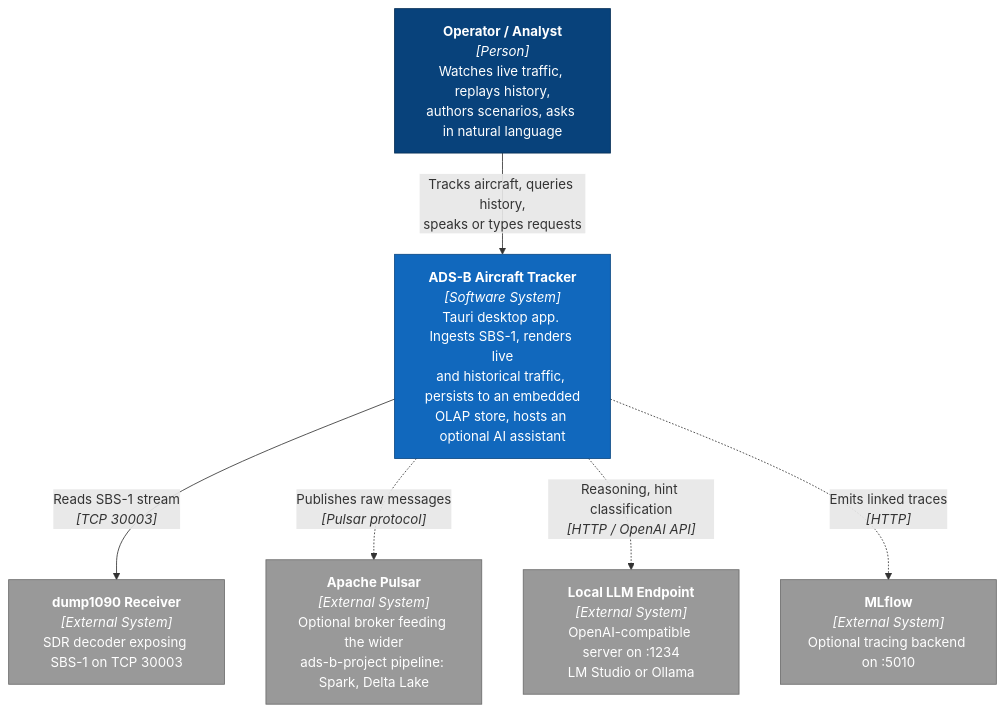
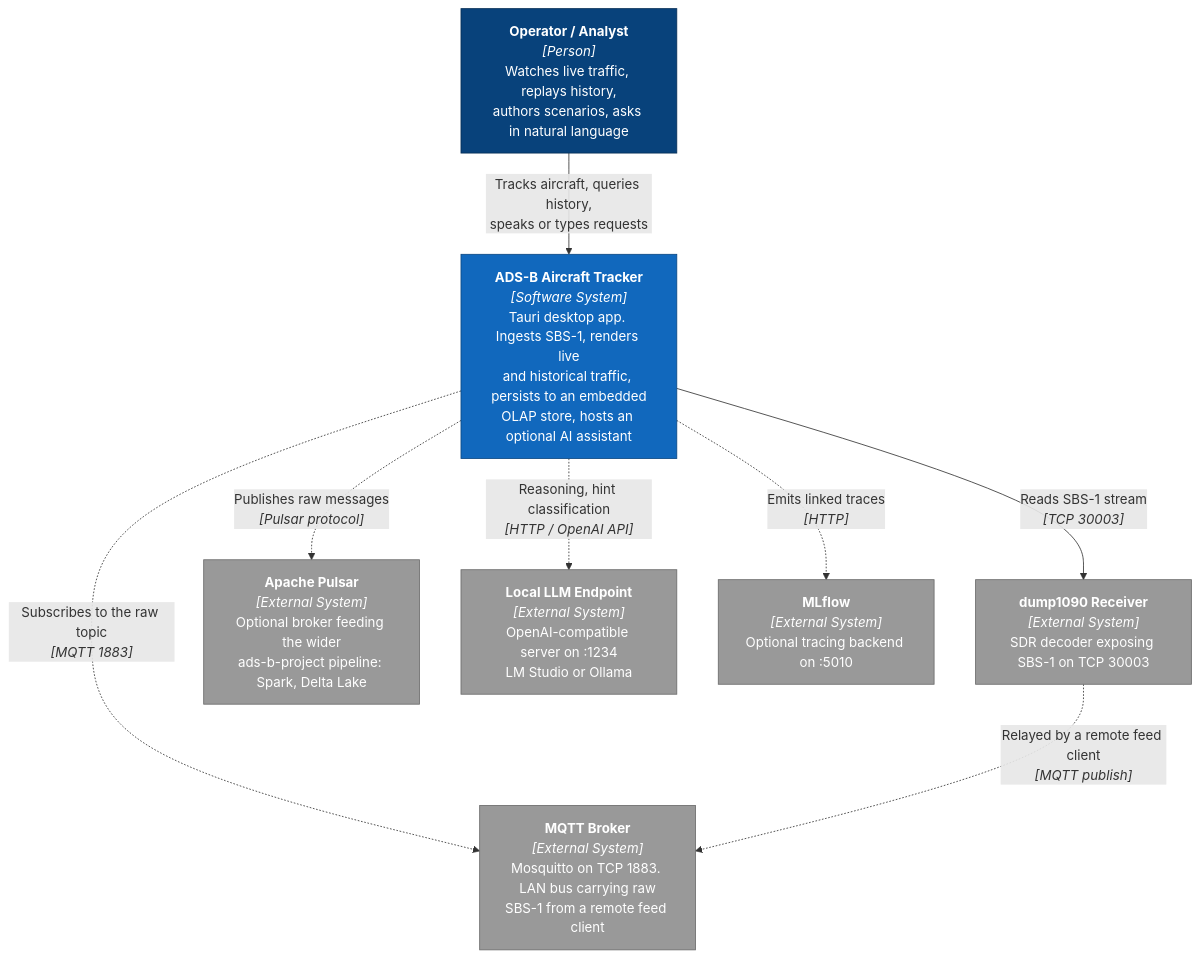
One commit to bnassivet/adsb-feed changed the first of 14 diagrams in rust/adsb-pulsar-client-desktop/docs/DESIGN.md. Above: the diagram before and after it, drawn with Mermaid. The commit also changed other lines of this file and 96 other files, not shown here.

````diff
--- a/rust/adsb-pulsar-client-desktop/docs/DESIGN.md
+++ b/rust/adsb-pulsar-client-desktop/docs/DESIGN.md
@@ -65,24 +66,27 @@
 ```mermaid
 flowchart TB
     operator["<b>Operator / Analyst</b><br/><i>[Person]</i><br/>Watches live traffic, replays history,<br/>authors scenarios, asks in natural language"]
 
     tracker["<b>ADS-B Aircraft Tracker</b><br/><i>[Software System]</i><br/>Tauri desktop app. Ingests SBS-1, renders live<br/>and historical traffic, persists to an embedded<br/>OLAP store, hosts an optional AI assistant"]
 
     dump["<b>dump1090 Receiver</b><br/><i>[External System]</i><br/>SDR decoder exposing SBS-1 on TCP 30003"]
+    mqtt["<b>MQTT Broker</b><br/><i>[External System]</i><br/>Mosquitto on TCP 1883. LAN bus carrying raw<br/>SBS-1 from a remote feed client"]
     pulsar["<b>Apache Pulsar</b><br/><i>[External System]</i><br/>Optional broker feeding the wider<br/>ads-b-project pipeline: Spark, Delta Lake"]
     llm["<b>Local LLM Endpoint</b><br/><i>[External System]</i><br/>OpenAI-compatible server on :1234<br/>LM Studio or Ollama"]
     mlflow["<b>MLflow</b><br/><i>[External System]</i><br/>Optional tracing backend on :5010"]
 
     operator -->|"Tracks aircraft, queries history,<br/>speaks or types requests"| tracker
     tracker -->|"Reads SBS-1 stream<br/><i>[TCP 30003]</i>"| dump
+    tracker -.->|"Subscribes to the raw topic<br/><i>[MQTT 1883]</i>"| mqtt
+    dump -.->|"Relayed by a remote feed client<br/><i>[MQTT publish]</i>"| mqtt
     tracker -.->|"Publishes raw messages<br/><i>[Pulsar protocol]</i>"| pulsar
     tracker -.->|"Reasoning, hint classification<br/><i>[HTTP / OpenAI API]</i>"| llm
     tracker -.->|"Emits linked traces<br/><i>[HTTP]</i>"| mlflow
 
     classDef person fill:#08427B,stroke:#052E56,color:#fff
     classDef system fill:#1168BD,stroke:#0B4884,color:#fff
     classDef external fill:#999999,stroke:#6B6B6B,color:#fff
     class operator person
     class tracker system
-    class dump,pulsar,llm,mlflow external
+    class dump,mqtt,pulsar,llm,mlflow external
 ```
````
